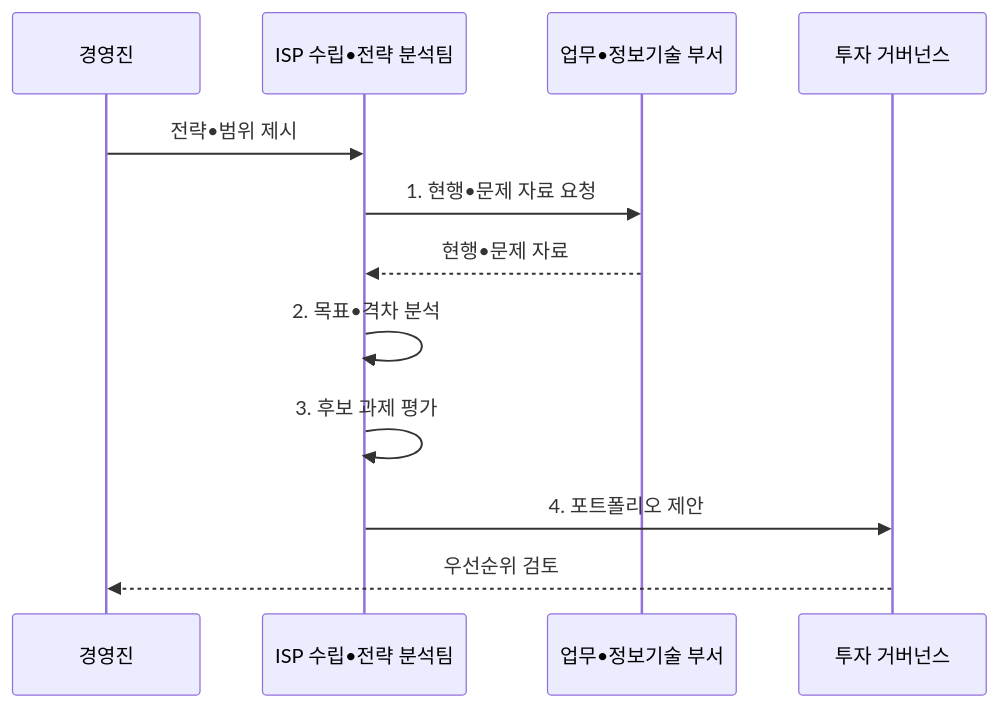
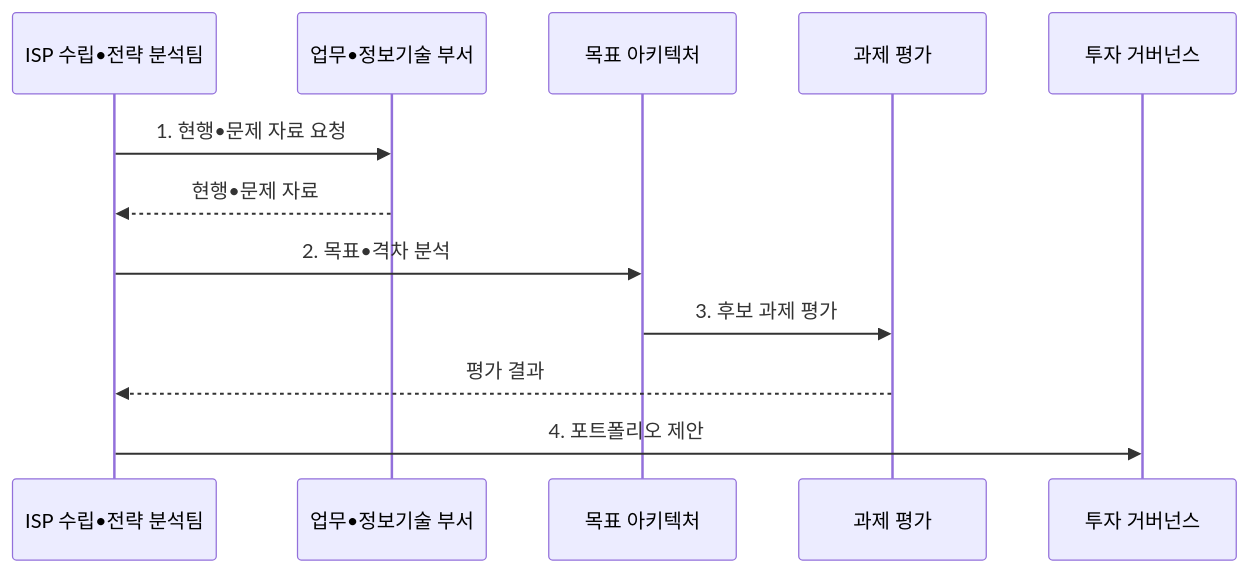
Before and after one commit to agnusdei1207/knowledge-base: the second of 2 diagrams in src/content/docs/notes/03-software/188_isp.md, drawn with Mermaid. The commit also changed other lines of this file and 7 other files, not shown here.

````diff
--- a/src/content/docs/notes/03-software/188_isp.md
+++ b/src/content/docs/notes/03-software/188_isp.md
@@ -105,14 +105,14 @@
 ```mermaid
 sequenceDiagram
-    participant E as 경영진
     participant T as ISP 수립•전략 분석팀
     participant B as 업무•정보기술 부서
+    participant A as 목표 아키텍처
+    participant V as 과제 평가
     participant G as 투자 거버넌스
-    E->>T: 전략•범위 제시
     T->>B: 1. 현행•문제 자료 요청
     B-->>T: 현행•문제 자료
-    T->>T: 2. 목표•격차 분석
-    T->>T: 3. 후보 과제 평가
+    T->>A: 2. 목표•격차 분석
+    A->>V: 3. 후보 과제 평가
+    V-->>T: 평가 결과
     T->>G: 4. 포트폴리오 제안
-    G-->>E: 우선순위 검토
 ```
````
